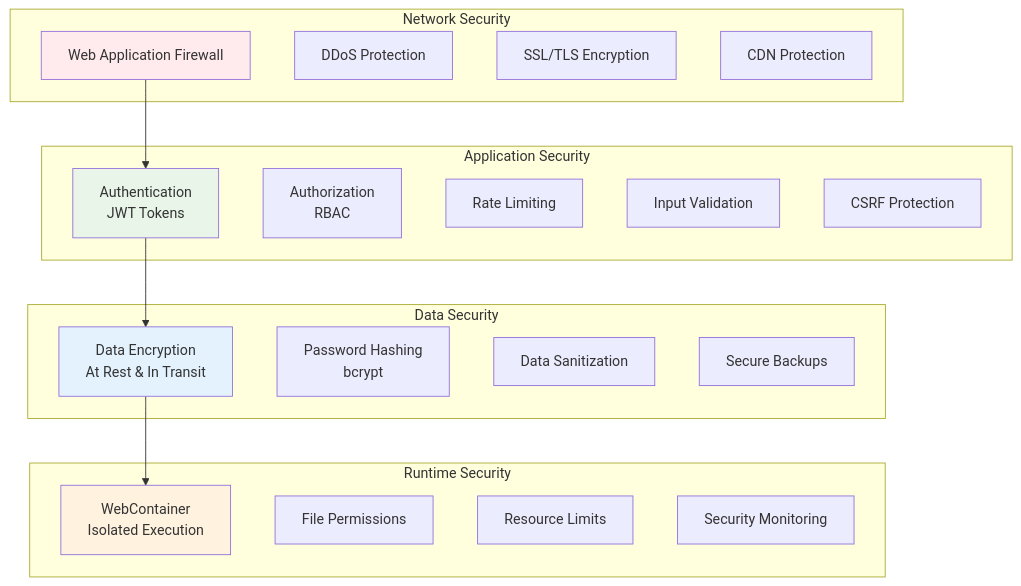
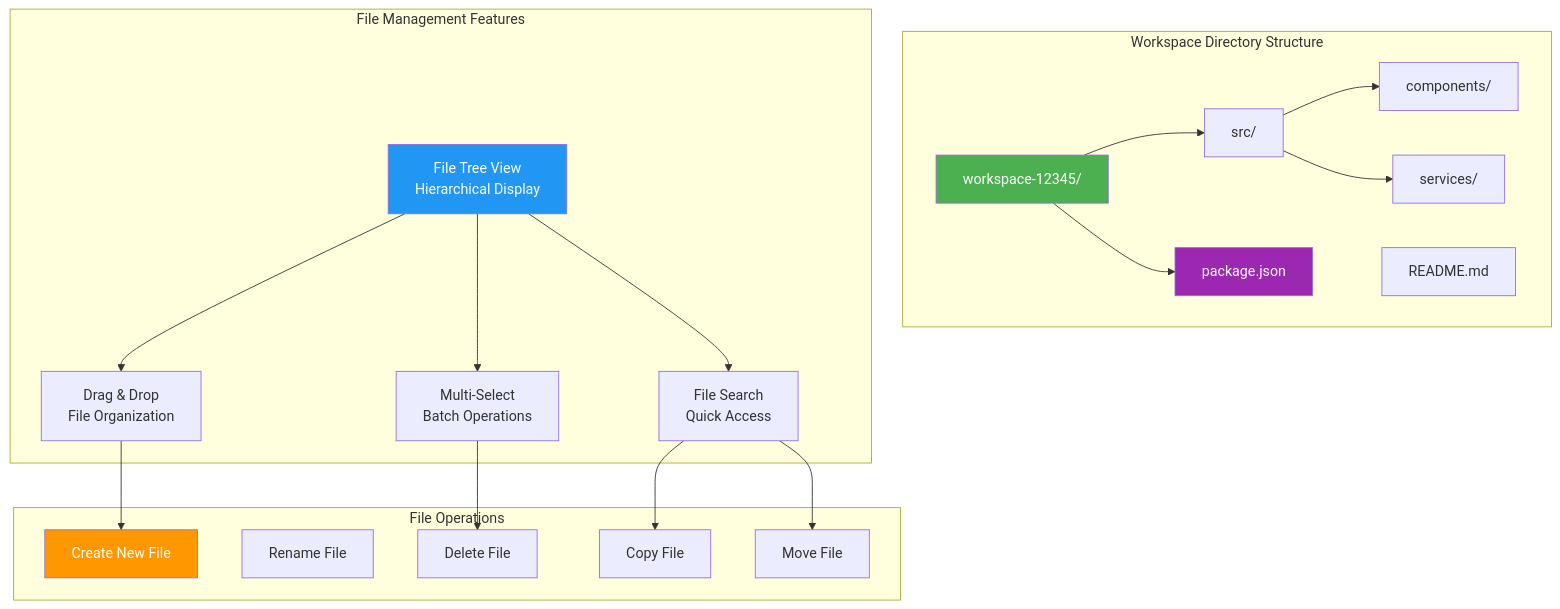
One commit to nishant-iith/autocode changed the eighth of 12 diagrams in markdown-docs/03-system-architecture.md. Above: the diagram before and after it, drawn with Mermaid. The commit also changed other lines of this file and 5 other files, not shown here.

````diff
--- a/markdown-docs/03-system-architecture.md
+++ b/markdown-docs/03-system-architecture.md
@@ -561,40 +563,45 @@
 ```mermaid
-graph TB
-    subgraph "Network Security"
-        WAF[Web Application Firewall]
-        DDoS[DDoS Protection]
-        SSL[SSL/TLS Encryption]
-        CDN[CDN Protection]
+graph TD
+    subgraph "Workspace Directory Structure"
+        WorkspaceRoot[workspace-12345/]
+        SrcFolder[src/]
+        ComponentsFolder[components/]
+        ServicesFolder[services/]
+        PackageJson[package.json]
+        ReadmeFile[README.md]
     end
 
-    subgraph "Application Security"
-        Auth[Authentication<br/>JWT Tokens]
-        AuthZ[Authorization<br/>RBAC]
-        RateLimit[Rate Limiting]
-        InputValidation[Input Validation]
-        CSRF[CSRF Protection]
+    subgraph "File Management Features"
+        FileTree[File Tree View<br/>Hierarchical Display]
+        DragDrop[Drag & Drop<br/>File Organization]
+        MultiSelect[Multi-Select<br/>Batch Operations]
+        Search[File Search<br/>Quick Access]
     end
 
-    subgraph "Data Security"
-        Encryption[Data Encryption<br/>At Rest & In Transit]
-        Hashing[Password Hashing<br/>bcrypt]
-        Sanitization[Data Sanitization]
-        Backup[Secure Backups]
+    subgraph "File Operations"
+        Create[Create New File]
+        Rename[Rename File]
+        Delete[Delete File]
+        Copy[Copy File]
+        Move[Move File]
     end
 
-    subgraph "Runtime Security"
-        Sandboxing[WebContainer<br/>Isolated Execution]
-        Permissions[File Permissions]
-        ResourceLimits[Resource Limits]
-        Monitoring[Security Monitoring]
-    end
+    WorkspaceRoot --> SrcFolder
+    WorkspaceRoot --> PackageJson
+    SrcFolder --> ComponentsFolder
+    SrcFolder --> ServicesFolder
 
-    WAF --> Auth
-    Auth --> Encryption
-    Encryption --> Sandboxing
+    FileTree --> DragDrop
+    FileTree --> MultiSelect
+    FileTree --> Search
 
-    style WAF fill:#ffebee
-    style Auth fill:#e8f5e8
-    style Encryption fill:#e3f2fd
-    style Sandboxing fill:#fff3e0
+    DragDrop --> Create
+    MultiSelect --> Delete
+    Search --> Copy
+    Search --> Move
+
+    style WorkspaceRoot fill:#4CAF50,color:#fff
+    style FileTree fill:#2196F3,color:#fff
+    style Create fill:#FF9800,color:#fff
+    style PackageJson fill:#9C27B0,color:#fff
 ```
````
